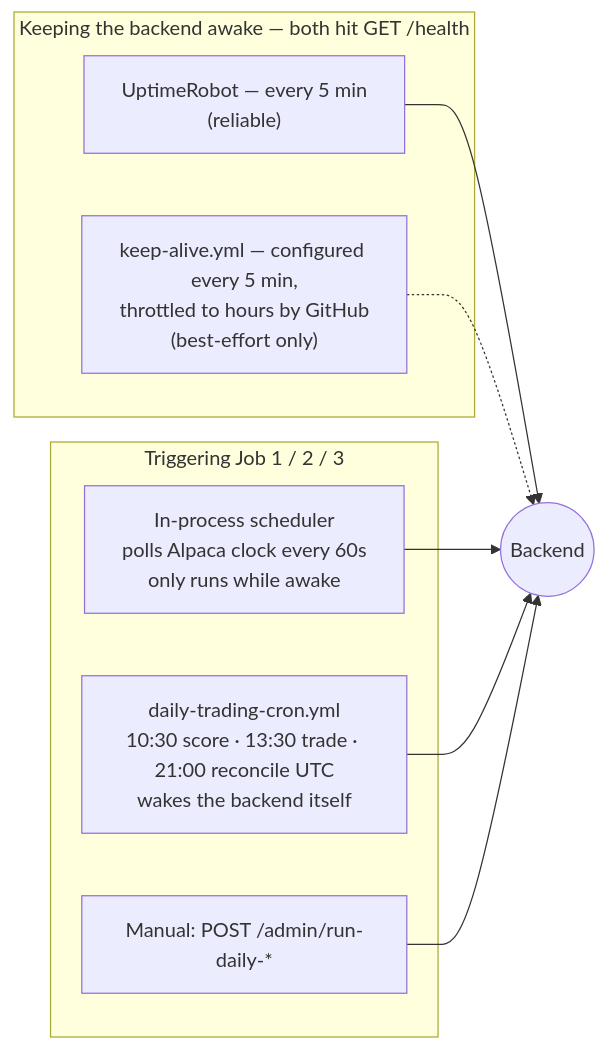
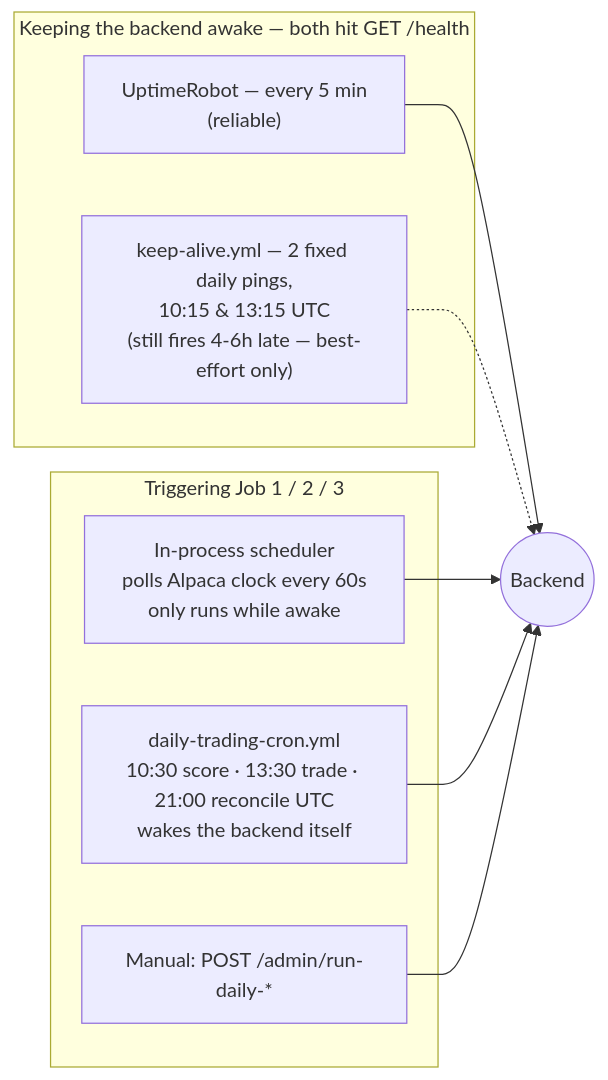
One commit to shivam-tamboli/momentum-trading-system changed the third of 5 diagrams in ARCHITECTURE.md. Above: the diagram before and after it, drawn with Mermaid. The commit also changed other lines of this file and 2 other files, not shown here.

````diff
--- a/ARCHITECTURE.md
+++ b/ARCHITECTURE.md
@@ -50,19 +50,19 @@
 ```mermaid
 flowchart LR
     subgraph Wake["Keeping the backend awake — both hit GET /health"]
         UR["UptimeRobot — every 5 min<br/>(reliable)"]
-        GHKA["keep-alive.yml — configured every 5 min,<br/>throttled to hours by GitHub<br/>(best-effort only)"]
+        GHKA["keep-alive.yml — 2 fixed daily pings,<br/>10:15 &amp; 13:15 UTC<br/>(still fires 4-6h late — best-effort only)"]
     end
 
     subgraph Trigger["Triggering Job 1 / 2 / 3"]
         INPROC["In-process scheduler<br/>polls Alpaca clock every 60s<br/>only runs while awake"]
         EXTCRON["daily-trading-cron.yml<br/>10:30 score · 13:30 trade · 21:00 reconcile UTC<br/>wakes the backend itself"]
         MANUAL["Manual: POST /admin/run-daily-*"]
     end
 
     UR --> BE((Backend))
     GHKA -.-> BE
     INPROC --> BE
     EXTCRON --> BE
     MANUAL --> BE
 ```
````
